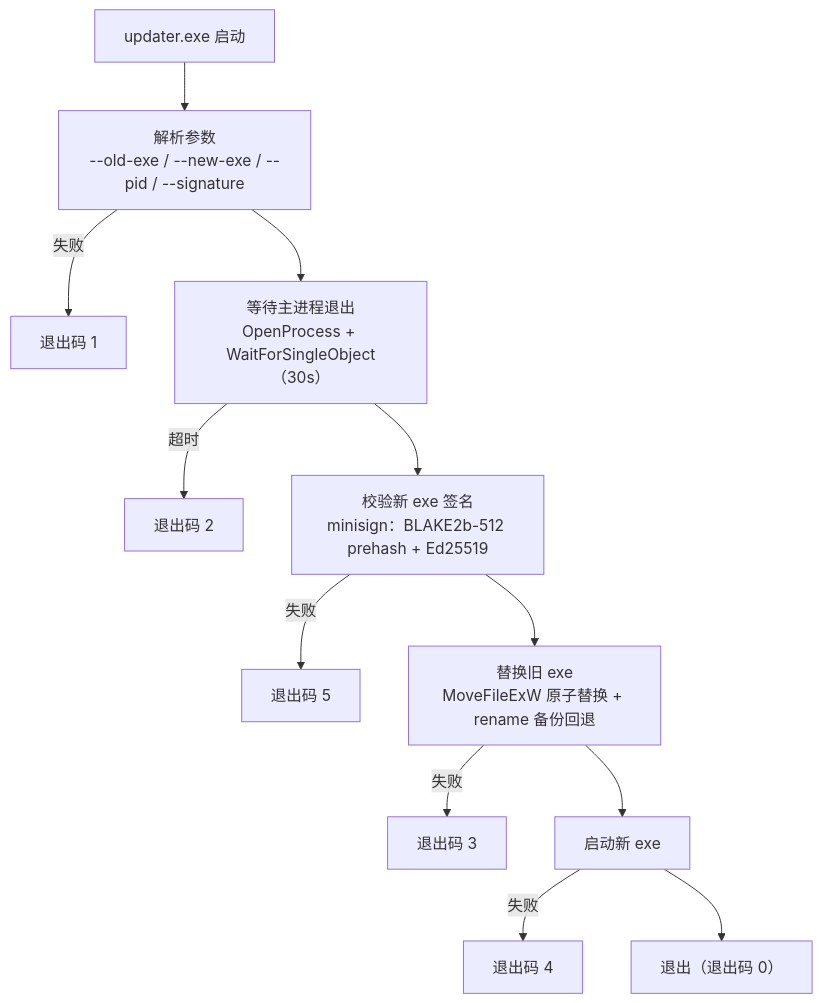
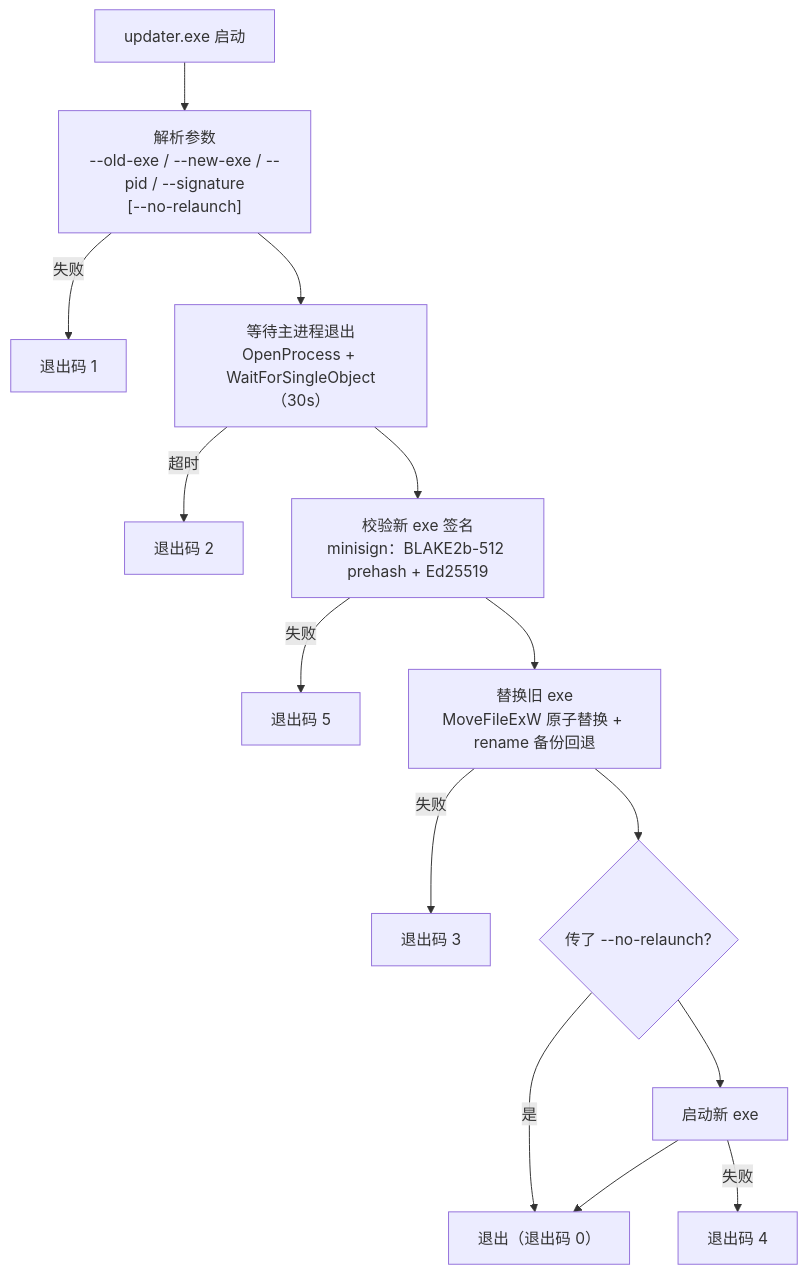
The diagram in src-tauri/updater/README.md (MoTeam-cn/MoLaunch), drawn with Mermaid before and after one commit. The commit also changed other lines of this file and 4 other files, not shown here.

Commit message:
fix: 静默更新替换后不重启程序，updater 新增 --no-relaunch 参数

````diff
--- a/src-tauri/updater/README.md
+++ b/src-tauri/updater/README.md
@@ -21,14 +21,16 @@
 ```mermaid
 graph TD
-    START["updater.exe 启动"] --> ARGS["解析参数<br/>--old-exe / --new-exe / --pid / --signature"]
+    START["updater.exe 启动"] --> ARGS["解析参数<br/>--old-exe / --new-exe / --pid / --signature<br/>[--no-relaunch]"]
     ARGS -->|失败| E1["退出码 1"]
     ARGS --> WAIT["等待主进程退出<br/>OpenProcess + WaitForSingleObject（30s）"]
     WAIT -->|超时| E2["退出码 2"]
     WAIT --> VERIFY["校验新 exe 签名<br/>minisign：BLAKE2b-512 prehash + Ed25519"]
     VERIFY -->|失败| E5["退出码 5"]
     VERIFY --> REPLACE["替换旧 exe<br/>MoveFileExW 原子替换 + rename 备份回退"]
     REPLACE -->|失败| E3["退出码 3"]
-    REPLACE --> LAUNCH["启动新 exe"]
+    REPLACE --> CHECK_RELAUNCH{传了 --no-relaunch?}
+    CHECK_RELAUNCH -->|是| DONE["退出（退出码 0）"]
+    CHECK_RELAUNCH --> LAUNCH["启动新 exe"]
     LAUNCH -->|失败| E4["退出码 4"]
     LAUNCH --> DONE["退出（退出码 0）"]
 ```
````
